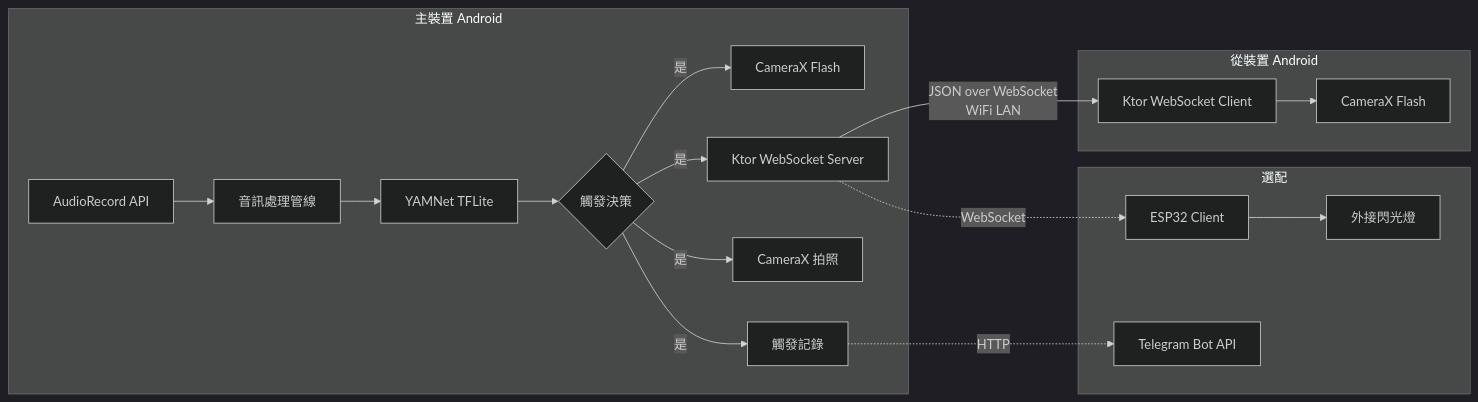
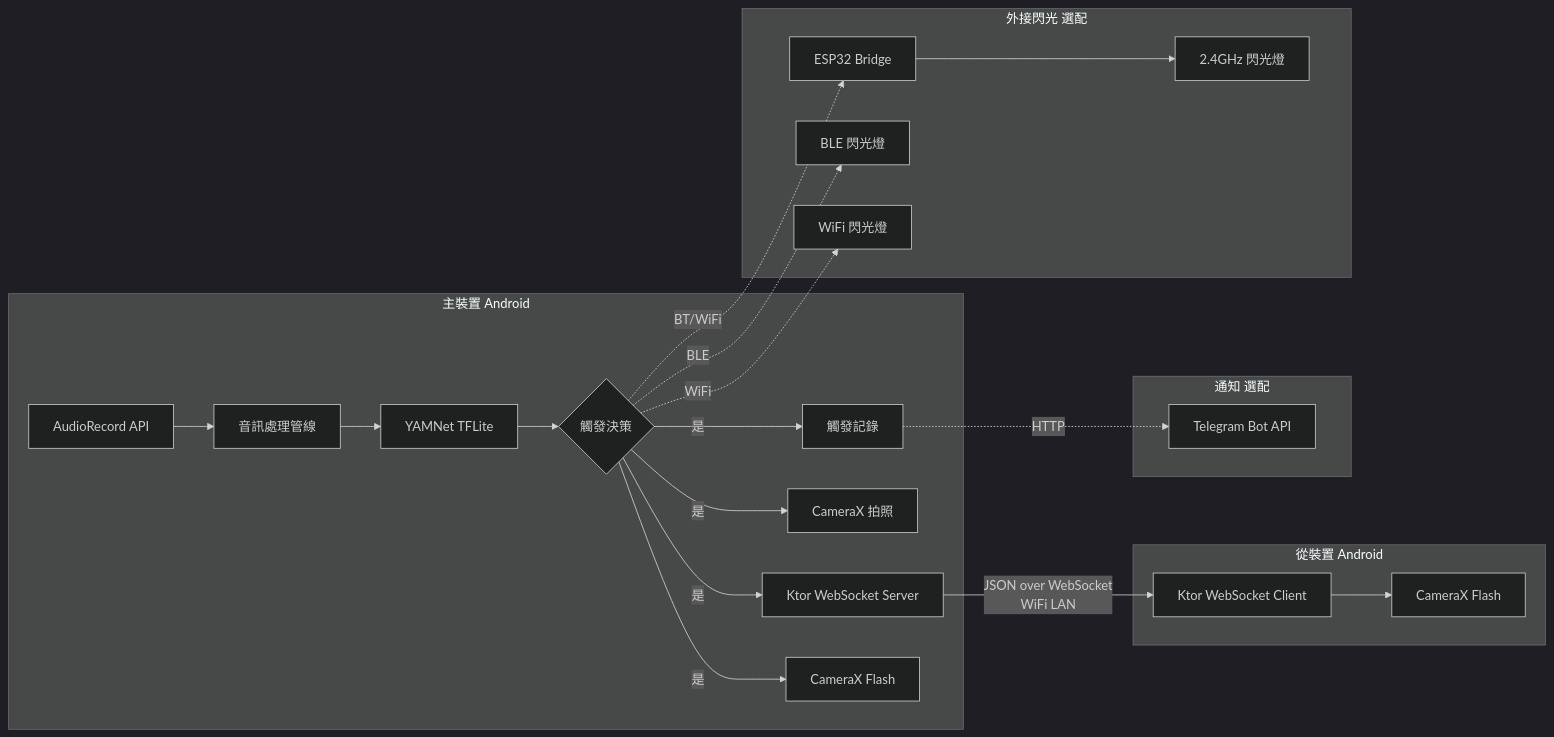
One commit to laneser/flashback changed the second of 2 diagrams in docs/ARC42/03-system-scope-and-context.md. Above: the diagram before and after it, drawn with Mermaid (dark theme). The commit also changed other lines of this file and 9 other files, not shown here.

First line of the commit message:
Update roadmap phase order and expand external flash to three options

````diff
--- a/docs/ARC42/03-system-scope-and-context.md
+++ b/docs/ARC42/03-system-scope-and-context.md
@@ -49,26 +59,33 @@
 ```mermaid
 graph LR
     subgraph 主裝置 Android
         MIC[AudioRecord API] --> PIPE[音訊處理管線]
         PIPE --> ML[YAMNet TFLite]
         ML --> TRIGGER{觸發決策}
         TRIGGER -->|是| FLASH[CameraX Flash]
         TRIGGER -->|是| WS_S[Ktor WebSocket Server]
         TRIGGER -->|是| CAM[CameraX 拍照]
         TRIGGER -->|是| LOG[觸發記錄]
     end
 
     subgraph 從裝置 Android
         WS_C[Ktor WebSocket Client] --> FLASH2[CameraX Flash]
     end
 
     WS_S -->|JSON over WebSocket<br/>WiFi LAN| WS_C
 
-    subgraph 選配
-        ESP_C[ESP32 Client] --> EXT_FLASH[外接閃光燈]
+    subgraph 外接閃光 選配
+        WIFI_FL2[WiFi 閃光燈]
+        BLE_FL2[BLE 閃光燈]
+        ESP_C[ESP32 Bridge] --> RF_FL2[2.4GHz 閃光燈]
+    end
+
+    subgraph 通知 選配
         TG_BOT[Telegram Bot API]
     end
 
-    WS_S -.->|WebSocket| ESP_C
+    TRIGGER -.->|WiFi| WIFI_FL2
+    TRIGGER -.->|BLE| BLE_FL2
+    TRIGGER -.->|BT/WiFi| ESP_C
     LOG -.->|HTTP| TG_BOT
 ```
````
